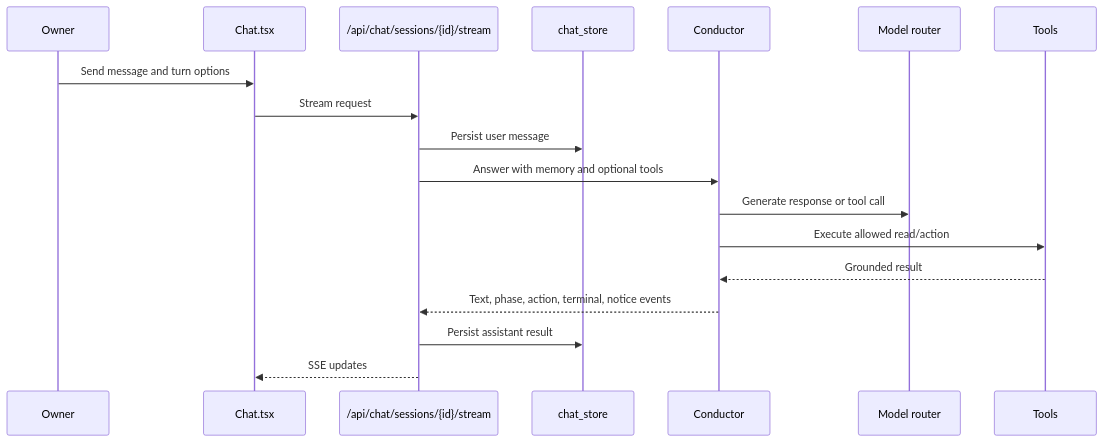
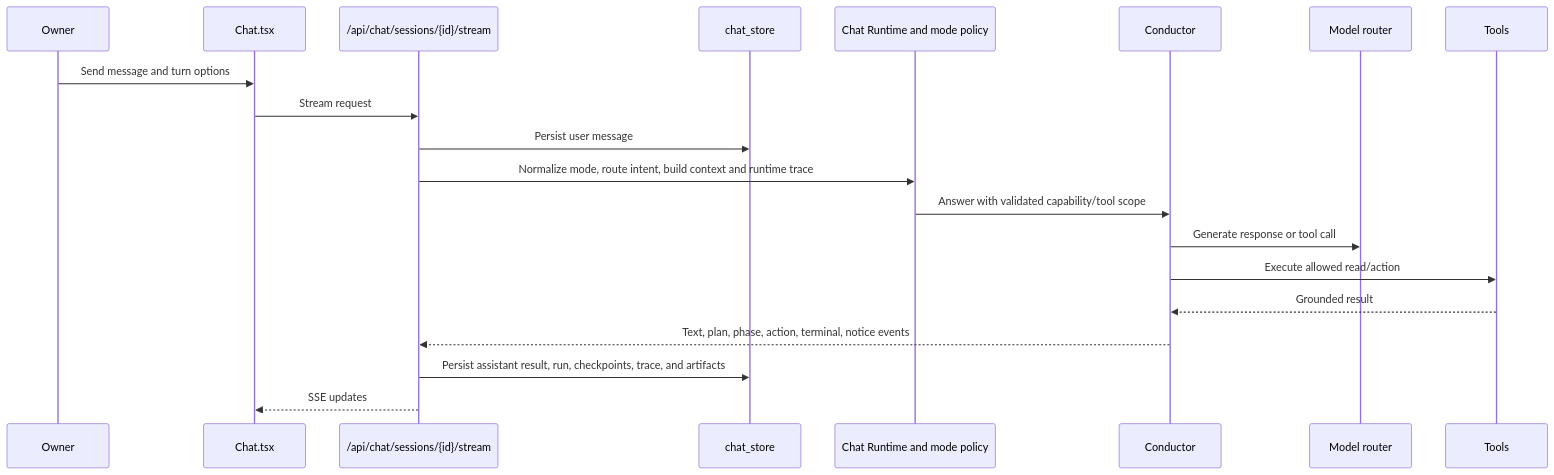
One commit to binhvu284/tobi changed the third of 3 diagrams in docs/ARCHITECTURE.md. Above: the diagram before and after it, drawn with Mermaid. The commit also changed other lines of this file and 49 other files, not shown here.

````diff
--- a/docs/ARCHITECTURE.md
+++ b/docs/ARCHITECTURE.md
@@ -128,21 +133,23 @@
 ```mermaid
 sequenceDiagram
   participant U as Owner
   participant C as Chat.tsx
   participant A as /api/chat/sessions/{id}/stream
   participant S as chat_store
+  participant R as Chat Runtime and mode policy
   participant K as Conductor
   participant M as Model router
   participant T as Tools
 
   U->>C: Send message and turn options
   C->>A: Stream request
   A->>S: Persist user message
-  A->>K: Answer with memory and optional tools
+  A->>R: Normalize mode, route intent, build context and runtime trace
+  R->>K: Answer with validated capability/tool scope
   K->>M: Generate response or tool call
   K->>T: Execute allowed read/action
   T-->>K: Grounded result
-  K-->>A: Text, phase, action, terminal, notice events
-  A->>S: Persist assistant result
+  K-->>A: Text, plan, phase, action, terminal, notice events
+  A->>S: Persist assistant result, run, checkpoints, trace, and artifacts
   A-->>C: SSE updates
 ```
````
